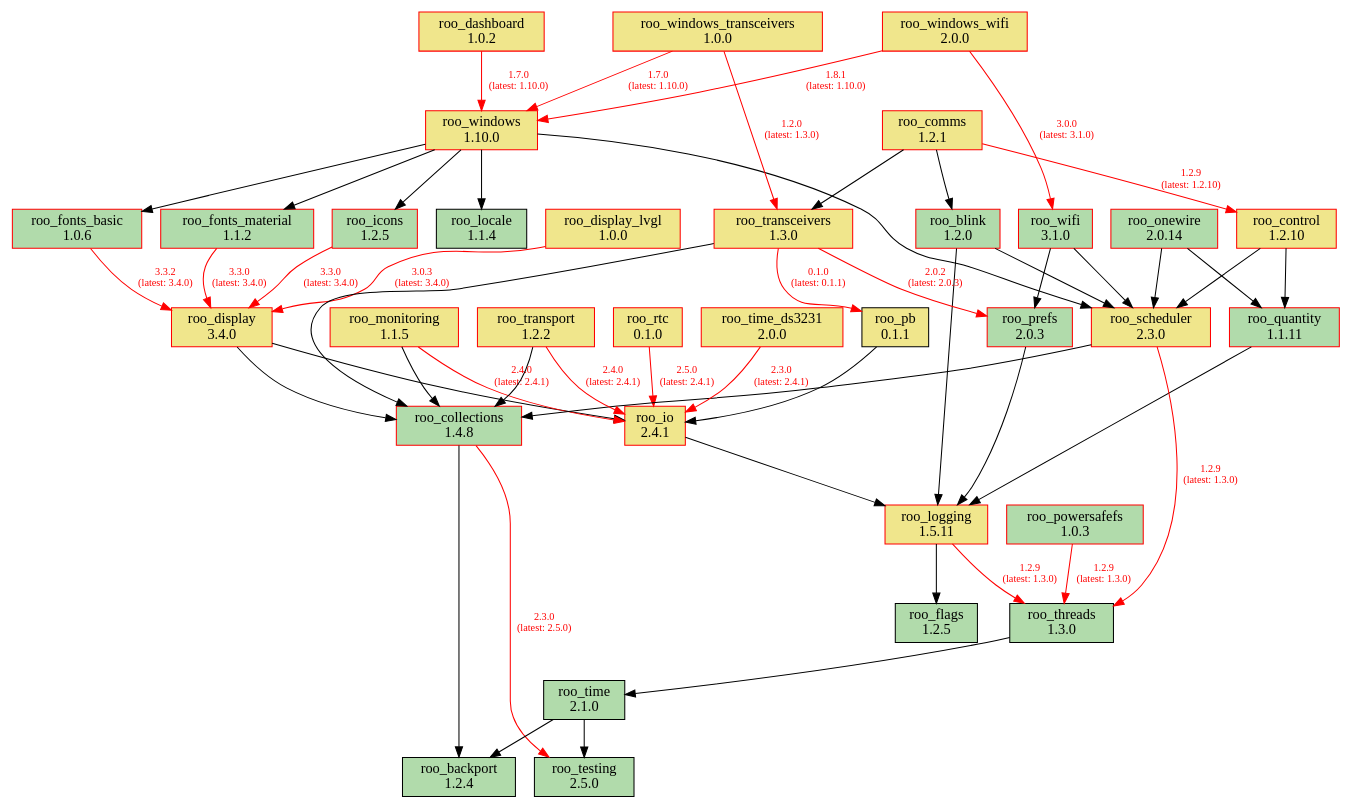
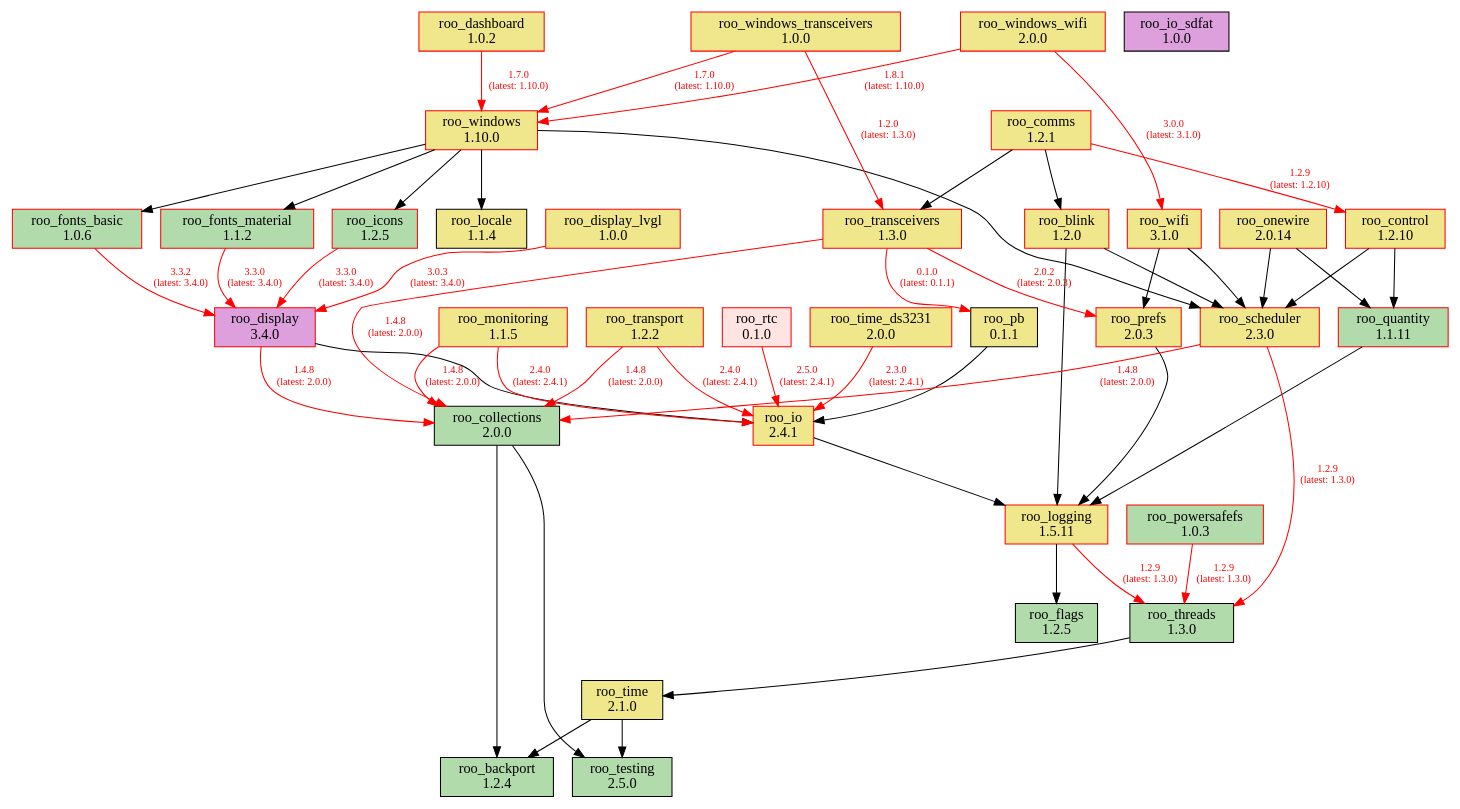
The diagram in doc/dependencies.dot (dejwk/roo-registry), drawn with Graphviz before and after one commit. The commit also changed 3 other files, not shown here.

Commit message:
Added roo_collections 2.0.0 to the registry.

```diff
--- a/doc/dependencies.dot
+++ b/doc/dependencies.dot
@@ -1,92 +1,93 @@
 digraph dependencies {
     rankdir=TB;
     node [shape=box, style=filled];
     edge [fontsize=10];
 
     // Modules
     "roo_backport" [label="roo_backport\n1.2.4", fillcolor="#b1dbab", color="black"];
-    "roo_blink" [label="roo_blink\n1.2.0", fillcolor="#b1dbab", color="red"];
-    "roo_collections" [label="roo_collections\n1.4.8", fillcolor="#b1dbab", color="red"];
+    "roo_blink" [label="roo_blink\n1.2.0", fillcolor="khaki", color="red"];
+    "roo_collections" [label="roo_collections\n2.0.0", fillcolor="#b1dbab", color="black"];
     "roo_comms" [label="roo_comms\n1.2.1", fillcolor="khaki", color="red"];
     "roo_control" [label="roo_control\n1.2.10", fillcolor="khaki", color="red"];
     "roo_dashboard" [label="roo_dashboard\n1.0.2", fillcolor="khaki", color="red"];
-    "roo_display" [label="roo_display\n3.4.0", fillcolor="khaki", color="red"];
+    "roo_display" [label="roo_display\n3.4.0", fillcolor="plum", color="red"];
     "roo_display_lvgl" [label="roo_display_lvgl\n1.0.0", fillcolor="khaki", color="red"];
     "roo_flags" [label="roo_flags\n1.2.5", fillcolor="#b1dbab", color="black"];
     "roo_fonts_basic" [label="roo_fonts_basic\n1.0.6", fillcolor="#b1dbab", color="red"];
     "roo_fonts_material" [label="roo_fonts_material\n1.1.2", fillcolor="#b1dbab", color="red"];
     "roo_icons" [label="roo_icons\n1.2.5", fillcolor="#b1dbab", color="red"];
     "roo_io" [label="roo_io\n2.4.1", fillcolor="khaki", color="red"];
-    "roo_locale" [label="roo_locale\n1.1.4", fillcolor="#b1dbab", color="black"];
+    "roo_io_sdfat" [label="roo_io_sdfat\n1.0.0", fillcolor="plum", color="black"];
+    "roo_locale" [label="roo_locale\n1.1.4", fillcolor="khaki", color="black"];
     "roo_logging" [label="roo_logging\n1.5.11", fillcolor="khaki", color="red"];
     "roo_monitoring" [label="roo_monitoring\n1.1.5", fillcolor="khaki", color="red"];
-    "roo_onewire" [label="roo_onewire\n2.0.14", fillcolor="#b1dbab", color="red"];
+    "roo_onewire" [label="roo_onewire\n2.0.14", fillcolor="khaki", color="red"];
     "roo_pb" [label="roo_pb\n0.1.1", fillcolor="khaki", color="black"];
     "roo_powersafefs" [label="roo_powersafefs\n1.0.3", fillcolor="#b1dbab", color="red"];
-    "roo_prefs" [label="roo_prefs\n2.0.3", fillcolor="#b1dbab", color="red"];
+    "roo_prefs" [label="roo_prefs\n2.0.3", fillcolor="khaki", color="red"];
     "roo_quantity" [label="roo_quantity\n1.1.11", fillcolor="#b1dbab", color="red"];
-    "roo_rtc" [label="roo_rtc\n0.1.0", fillcolor="khaki", color="red"];
+    "roo_rtc" [label="roo_rtc\n0.1.0", fillcolor="mistyrose", color="red"];
     "roo_scheduler" [label="roo_scheduler\n2.3.0", fillcolor="khaki", color="red"];
     "roo_testing" [label="roo_testing\n2.5.0", fillcolor="#b1dbab", color="black"];
     "roo_threads" [label="roo_threads\n1.3.0", fillcolor="#b1dbab", color="black"];
-    "roo_time" [label="roo_time\n2.1.0", fillcolor="#b1dbab", color="black"];
+    "roo_time" [label="roo_time\n2.1.0", fillcolor="khaki", color="black"];
     "roo_time_ds3231" [label="roo_time_ds3231\n2.0.0", fillcolor="khaki", color="red"];
     "roo_transceivers" [label="roo_transceivers\n1.3.0", fillcolor="khaki", color="red"];
     "roo_transport" [label="roo_transport\n1.2.2", fillcolor="khaki", color="red"];
-    "roo_wifi" [label="roo_wifi\n3.1.0", fillcolor="#b1dbab", color="red"];
+    "roo_wifi" [label="roo_wifi\n3.1.0", fillcolor="khaki", color="red"];
     "roo_windows" [label="roo_windows\n1.10.0", fillcolor="khaki", color="red"];
     "roo_windows_transceivers" [label="roo_windows_transceivers\n1.0.0", fillcolor="khaki", color="red"];
     "roo_windows_wifi" [label="roo_windows_wifi\n2.0.0", fillcolor="khaki", color="red"];
 
     // Dependencies
     "roo_blink" -> "roo_logging";
     "roo_blink" -> "roo_scheduler";
-    "roo_collections" -> "roo_testing" [color=red, fontcolor=red, label="2.3.0\n(latest: 2.5.0)"];
+    "roo_collections" -> "roo_testing";
     "roo_collections" -> "roo_backport";
     "roo_comms" -> "roo_blink";
     "roo_comms" -> "roo_control" [color=red, fontcolor=red, label="1.2.9\n(latest: 1.2.10)"];
     "roo_comms" -> "roo_transceivers";
     "roo_control" -> "roo_quantity";
     "roo_control" -> "roo_scheduler";
     "roo_dashboard" -> "roo_windows" [color=red, fontcolor=red, label="1.7.0\n(latest: 1.10.0)"];
-    "roo_display" -> "roo_collections";
+    "roo_display" -> "roo_collections" [color=red, fontcolor=red, label="1.4.8\n(latest: 2.0.0)"];
     "roo_display" -> "roo_io";
     "roo_display_lvgl" -> "roo_display" [color=red, fontcolor=red, label="3.0.3\n(latest: 3.4.0)"];
     "roo_fonts_basic" -> "roo_display" [color=red, fontcolor=red, label="3.3.2\n(latest: 3.4.0)"];
     "roo_fonts_material" -> "roo_display" [color=red, fontcolor=red, label="3.3.0\n(latest: 3.4.0)"];
     "roo_icons" -> "roo_display" [color=red, fontcolor=red, label="3.3.0\n(latest: 3.4.0)"];
     "roo_io" -> "roo_logging";
     "roo_logging" -> "roo_flags";
     "roo_logging" -> "roo_threads" [color=red, fontcolor=red, label="1.2.9\n(latest: 1.3.0)"];
-    "roo_monitoring" -> "roo_collections";
+    "roo_monitoring" -> "roo_collections" [color=red, fontcolor=red, label="1.4.8\n(latest: 2.0.0)"];
     "roo_monitoring" -> "roo_io" [color=red, fontcolor=red, label="2.4.0\n(latest: 2.4.1)"];
     "roo_onewire" -> "roo_scheduler";
     "roo_onewire" -> "roo_quantity";
     "roo_pb" -> "roo_io";
     "roo_powersafefs" -> "roo_threads" [color=red, fontcolor=red, label="1.2.9\n(latest: 1.3.0)"];
     "roo_prefs" -> "roo_logging";
     "roo_quantity" -> "roo_logging";
     "roo_rtc" -> "roo_io" [color=red, fontcolor=red, label="2.5.0\n(latest: 2.4.1)"];
-    "roo_scheduler" -> "roo_collections";
+    "roo_scheduler" -> "roo_collections" [color=red, fontcolor=red, label="1.4.8\n(latest: 2.0.0)"];
     "roo_scheduler" -> "roo_threads" [color=red, fontcolor=red, label="1.2.9\n(latest: 1.3.0)"];
     "roo_threads" -> "roo_time";
     "roo_time" -> "roo_testing";
     "roo_time" -> "roo_backport";
     "roo_time_ds3231" -> "roo_io" [color=red, fontcolor=red, label="2.3.0\n(latest: 2.4.1)"];
     "roo_transceivers" -> "roo_pb" [color=red, fontcolor=red, label="0.1.0\n(latest: 0.1.1)"];
-    "roo_transceivers" -> "roo_collections";
+    "roo_transceivers" -> "roo_collections" [color=red, fontcolor=red, label="1.4.8\n(latest: 2.0.0)"];
     "roo_transceivers" -> "roo_prefs" [color=red, fontcolor=red, label="2.0.2\n(latest: 2.0.3)"];
-    "roo_transport" -> "roo_collections";
+    "roo_transport" -> "roo_collections" [color=red, fontcolor=red, label="1.4.8\n(latest: 2.0.0)"];
     "roo_transport" -> "roo_io" [color=red, fontcolor=red, label="2.4.0\n(latest: 2.4.1)"];
     "roo_wifi" -> "roo_prefs";
     "roo_wifi" -> "roo_scheduler";
     "roo_windows" -> "roo_fonts_basic";
     "roo_windows" -> "roo_fonts_material";
     "roo_windows" -> "roo_locale";
     "roo_windows" -> "roo_icons";
     "roo_windows" -> "roo_scheduler";
     "roo_windows_transceivers" -> "roo_transceivers" [color=red, fontcolor=red, label="1.2.0\n(latest: 1.3.0)"];
     "roo_windows_transceivers" -> "roo_windows" [color=red, fontcolor=red, label="1.7.0\n(latest: 1.10.0)"];
     "roo_windows_wifi" -> "roo_wifi" [color=red, fontcolor=red, label="3.0.0\n(latest: 3.1.0)"];
     "roo_windows_wifi" -> "roo_windows" [color=red, fontcolor=red, label="1.8.1\n(latest: 1.10.0)"];
 }
```
